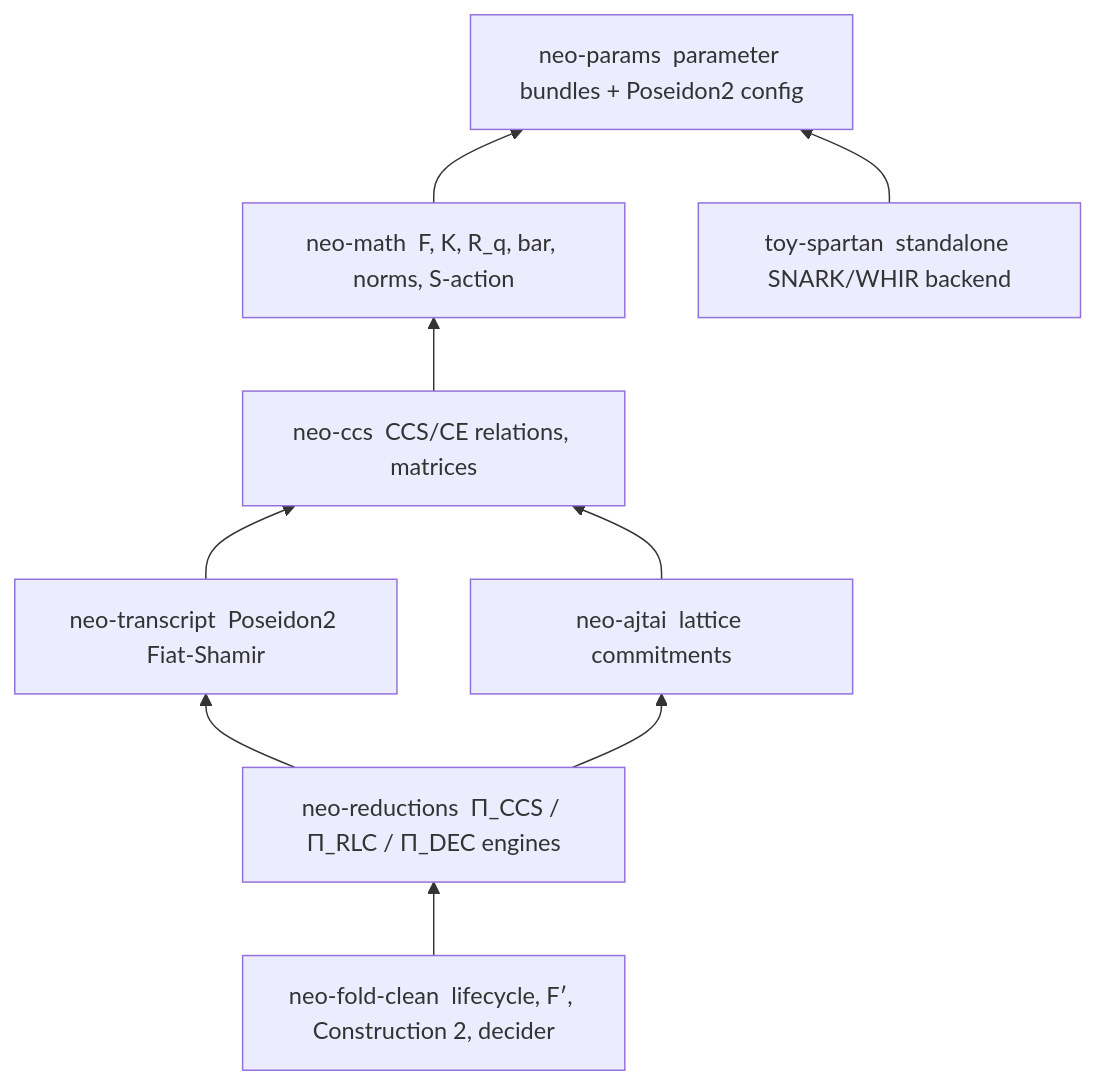
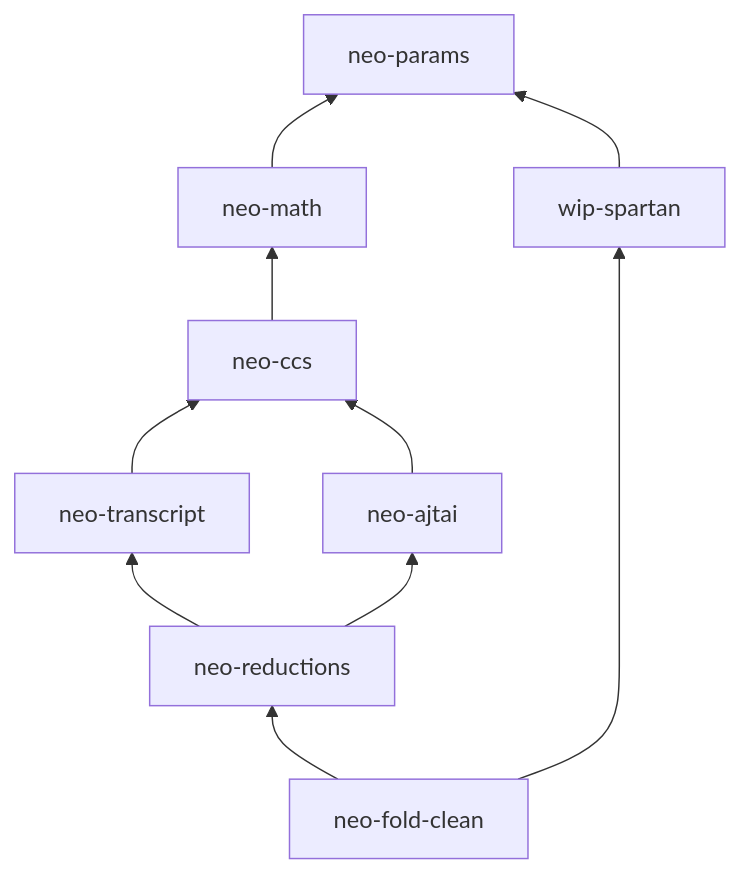
The diagram in wiki/architecture/index.md (LFDT-Nightstream/Nightstream), drawn with Mermaid before and after one commit. The commit also changed other lines of this file and 234 other files, not shown here.

````diff
--- a/wiki/architecture/index.md
+++ b/wiki/architecture/index.md
@@ -7,20 +5,21 @@
 ```mermaid
 graph BT
-    params["neo-params&nbsp;&nbsp;parameter bundles + Poseidon2 config"]
-    math["neo-math&nbsp;&nbsp;F, K, R_q, bar, norms, S-action"]
-    s2["toy-spartan&nbsp;&nbsp;standalone SNARK/WHIR backend"]
-    ccs["neo-ccs&nbsp;&nbsp;CCS/CE relations, matrices"]
-    tr["neo-transcript&nbsp;&nbsp;Poseidon2 Fiat-Shamir"]
-    ajtai["neo-ajtai&nbsp;&nbsp;lattice commitments"]
-    red["neo-reductions&nbsp;&nbsp;Π_CCS / Π_RLC / Π_DEC engines"]
-    fold["neo-fold-clean&nbsp;&nbsp;lifecycle, F′, Construction 2, decider"]
+    params["neo-params"]
+    math["neo-math"]
+    ccs["neo-ccs"]
+    transcript["neo-transcript"]
+    ajtai["neo-ajtai"]
+    reductions["neo-reductions"]
+    spartan["wip-spartan"]
+    fold["neo-fold-clean"]
 
     math --> params
-    s2 --> params
     ccs --> math
-    tr --> ccs
+    transcript --> ccs
     ajtai --> ccs
-    red --> ajtai
-    red --> tr
-    fold --> red
+    reductions --> ajtai
+    reductions --> transcript
+    spartan --> params
+    fold --> reductions
+    fold --> spartan
 ```
````
